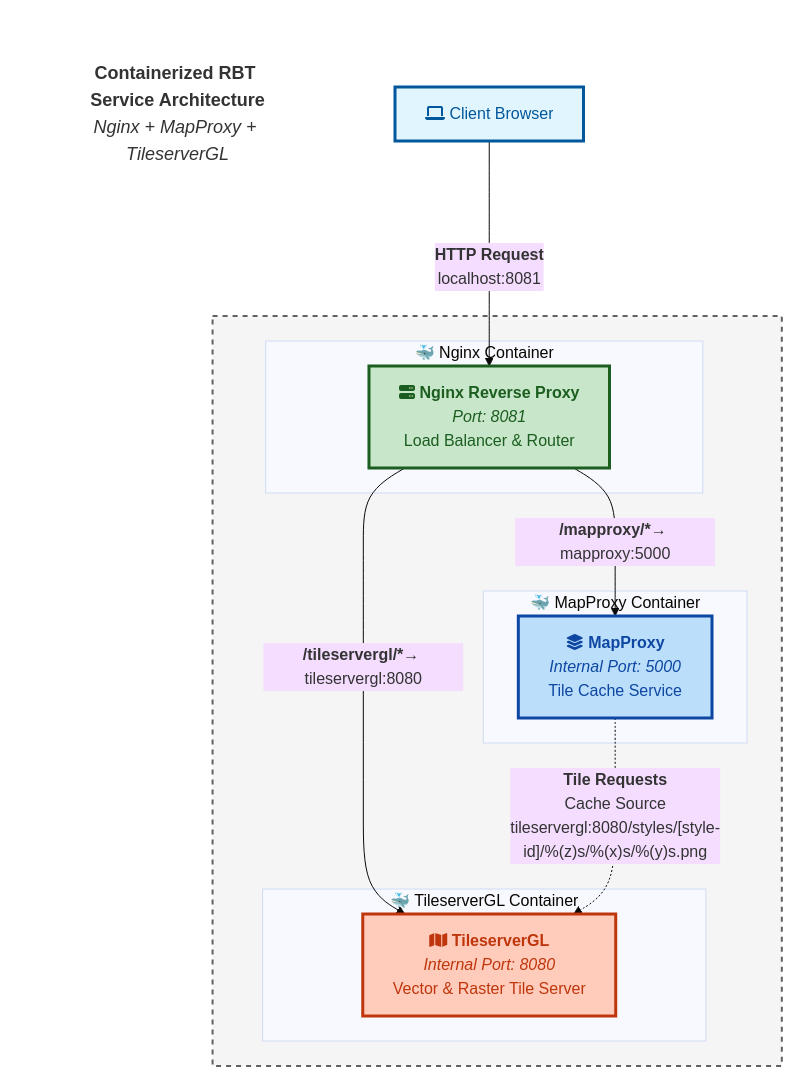
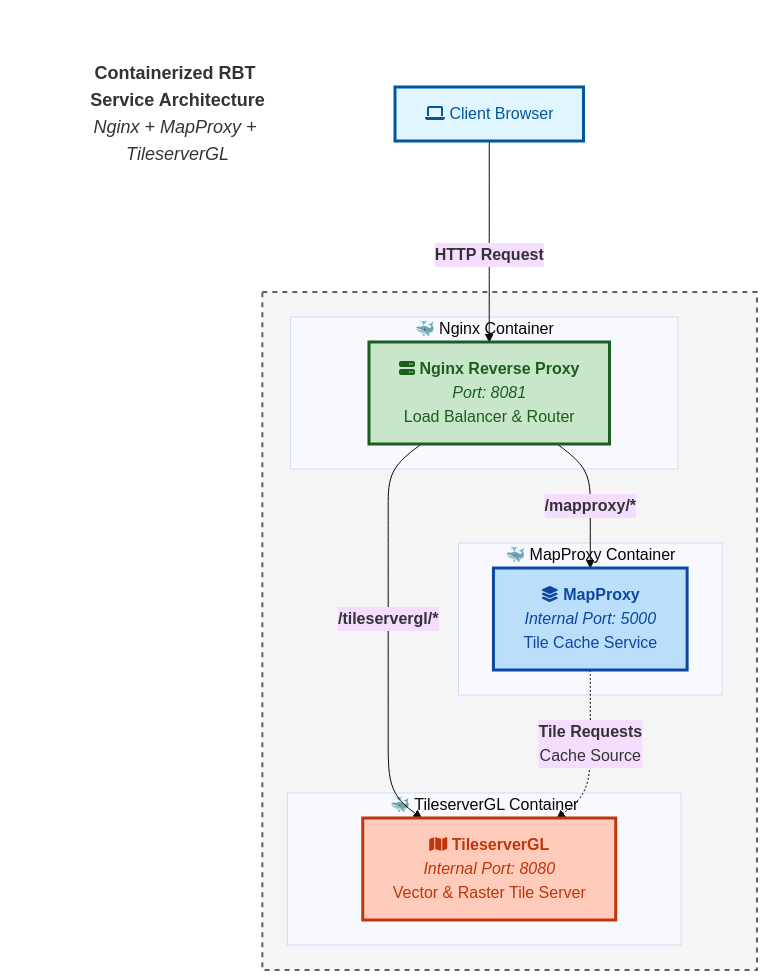
The diagram in README.md (mjj203/agc-rbt), drawn with Mermaid (base theme) before and after one commit.

Commit message:
update diagram

````diff
--- a/README.md
+++ b/README.md
@@ -58,49 +58,49 @@
 ```mermaid
 graph TB
     %% Define styles
     classDef clientStyle fill:#e1f5fe,stroke:#01579b,stroke-width:3px,color:#01579b
     classDef nginxStyle fill:#c8e6c9,stroke:#1b5e20,stroke-width:3px,color:#1b5e20
     classDef mapproxyStyle fill:#bbdefb,stroke:#0d47a1,stroke-width:3px,color:#0d47a1
     classDef tileserverStyle fill:#ffccbc,stroke:#bf360c,stroke-width:3px,color:#bf360c
     classDef networkStyle fill:#f5f5f5,stroke:#616161,stroke-width:2px,stroke-dasharray: 5 5
     
     %% Client
     CLIENT[fa:fa-laptop Client Browser]:::clientStyle
     
     %% Docker Network Container
     subgraph DOCKER_NET[" "]
         %% Nginx Container
         subgraph NGINX_CONTAINER["🐳 Nginx Container"]
             NGINX[fa:fa-server <b>Nginx Reverse Proxy</b><br/><i>Port: 8081</i><br/>Load Balancer & Router]:::nginxStyle
         end
         
         %% MapProxy Container
         subgraph MAPPROXY_CONTAINER["🐳 MapProxy Container"]
             MP[fa:fa-layer-group <b>MapProxy</b><br/><i>Internal Port: 5000</i><br/>Tile Cache Service]:::mapproxyStyle
         end
         
         %% TileserverGL Container
         subgraph TILESERVER_CONTAINER["🐳 TileserverGL Container"]
             TS[fa:fa-map <b>TileserverGL</b><br/><i>Internal Port: 8080</i><br/>Vector & Raster Tile Server]:::tileserverStyle
         end
     end
     
     %% Connections
-    CLIENT -->|"<b>HTTP Request</b><br/>localhost:8081"| NGINX
+    CLIENT -->|"<b>HTTP Request</b><br/>"| NGINX
     
-    NGINX -->|"<b>/mapproxy/*</b>→ mapproxy:5000"| MP
-    NGINX -->|"<b>/tileservergl/*</b>→ tileservergl:8080"| TS
+    NGINX -->|"<b>/mapproxy/*</b>"| MP
+    NGINX -->|"<b>/tileservergl/*</b>"| TS
     
-    MP -.->|"<b>Tile Requests</b><br/>Cache Source<br/>tileservergl:8080/styles/[style-id]/%(z)s/%(x)s/%(y)s.png"| TS
+    MP -.->|"<b>Tile Requests</b><br/>Cache Source<br/>"| TS
     
     %% Apply network style
     class DOCKER_NET networkStyle
     
     %% Add title
     subgraph TITLE[" "]
         T[<b>Containerized RBT Service Architecture</b><br/><i>Nginx + MapProxy + TileserverGL</i>]
     end
     
     style TITLE fill:none,stroke:none
     style T fill:none,stroke:none,font-size:18px
 ```
````
